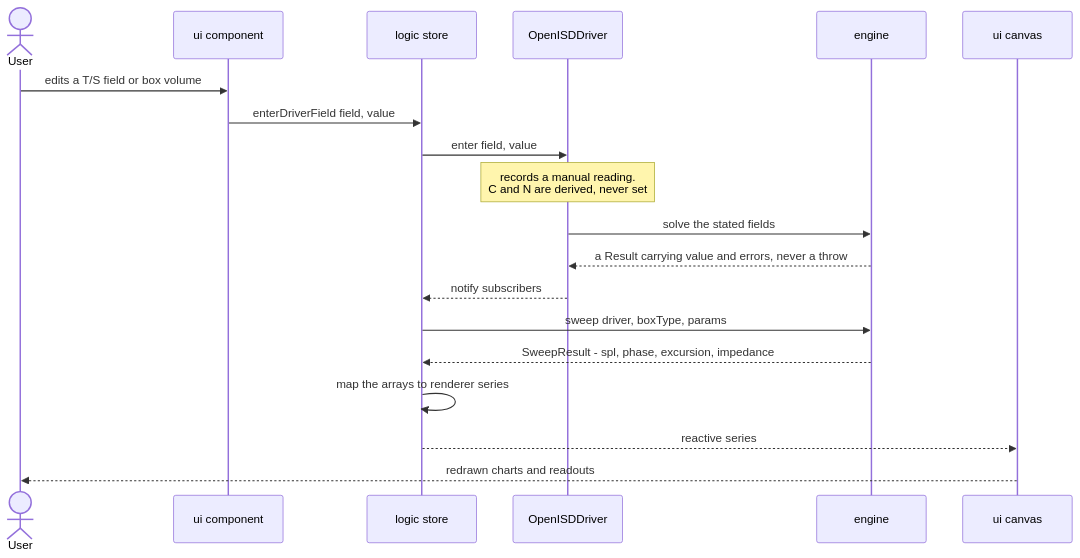
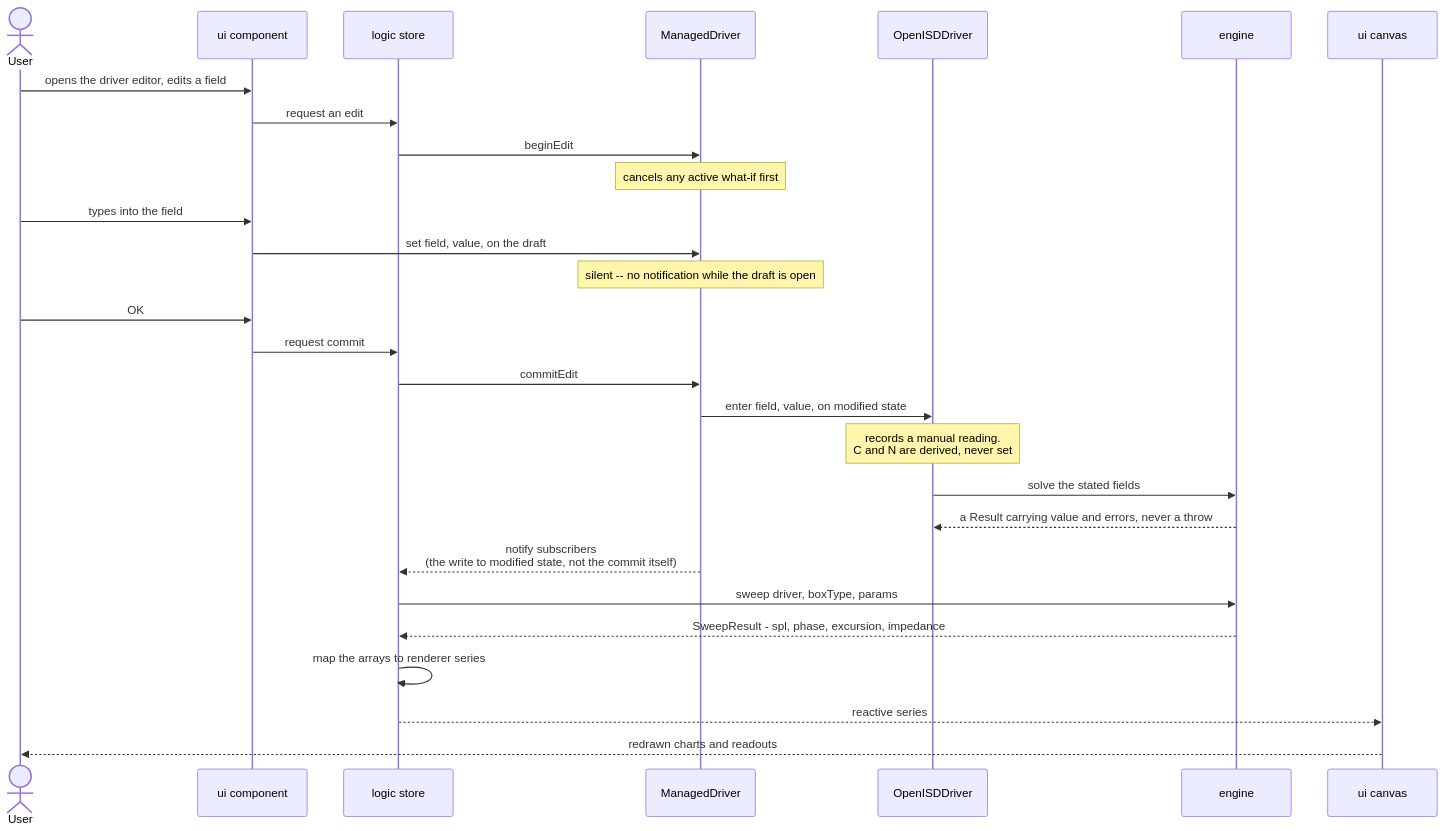
One commit to Johnlon/openisd changed the third of 3 diagrams in ARCHITECTURE.md. Above: the diagram before and after it, drawn with Mermaid. The commit also changed other lines of this file, not shown here.

````diff
--- a/ARCHITECTURE.md
+++ b/ARCHITECTURE.md
@@ -609,22 +614,31 @@
 ```mermaid
 sequenceDiagram
     actor User
     participant UI as ui component
     participant Store as logic store
+    participant Managed as ManagedDriver
     participant Driver as OpenISDDriver
     participant Engine as engine
     participant Canvas as ui canvas
 
-    User->>UI: edits a T/S field or box volume
-    UI->>Store: enterDriverField field, value
-    Store->>Driver: enter field, value
+    User->>UI: opens the driver editor, edits a field
+    UI->>Store: request an edit
+    Store->>Managed: beginEdit
+    Note over Managed: cancels any active what-if first
+    User->>UI: types into the field
+    UI->>Managed: set field, value, on the draft
+    Note over Managed: silent -- no notification while the draft is open
+    User->>UI: OK
+    UI->>Store: request commit
+    Store->>Managed: commitEdit
+    Managed->>Driver: enter field, value, on modified state
     Note over Driver: records a manual reading.<br/>C and N are derived, never set
     Driver->>Engine: solve the stated fields
     Engine-->>Driver: a Result carrying value and errors, never a throw
-    Driver-->>Store: notify subscribers
+    Managed-->>Store: notify subscribers<br/>(the write to modified state, not the commit itself)
     Store->>Engine: sweep driver, boxType, params
     Engine-->>Store: SweepResult - spl, phase, excursion, impedance
     Store->>Store: map the arrays to renderer series
     Store-->>Canvas: reactive series
     Canvas-->>User: redrawn charts and readouts
 ```
````
